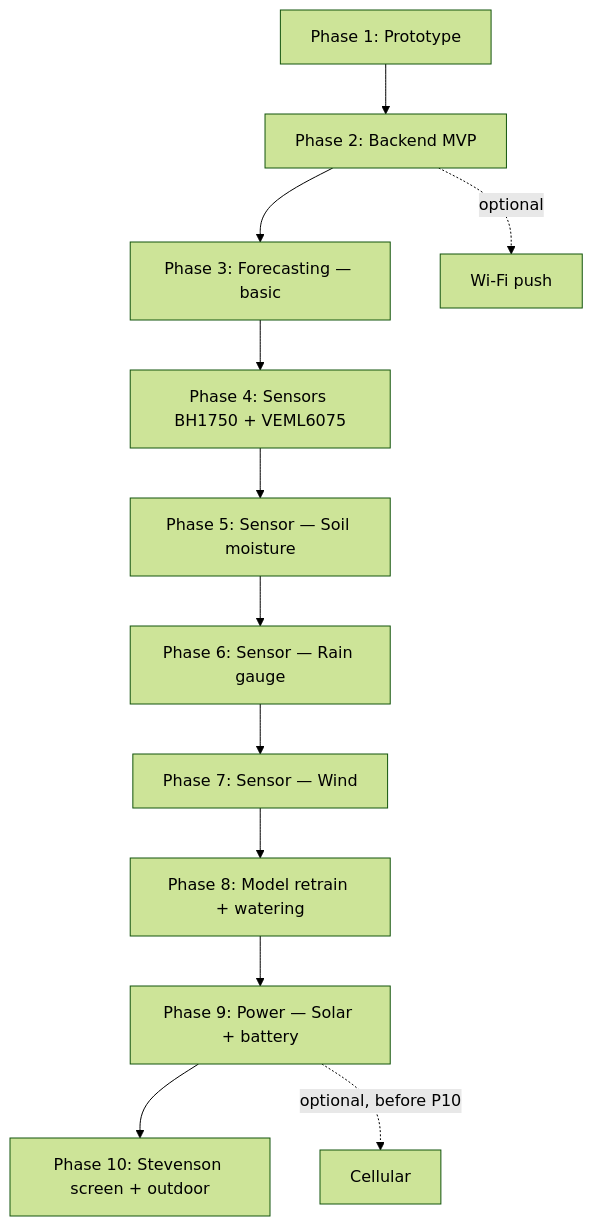
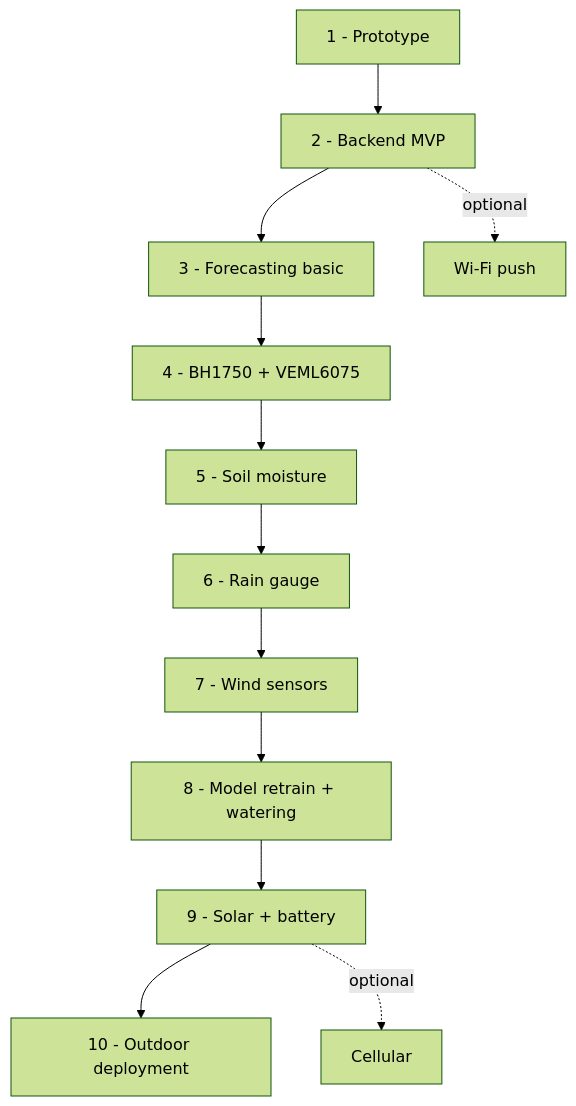
Before and after one commit to wg1d/personal-autonomous-weather-station: the diagram in README.md, drawn with Mermaid (forest theme). The commit also changed 1 other file, not shown here.

Commit message:
docs: shorten cellular optional edge label in dependency graph

````diff
--- a/README.md
+++ b/README.md
@@ -32,14 +32,14 @@
 ```mermaid
 flowchart TD
-    P1[Phase 1: Prototype] --> P2[Phase 2: Backend MVP]
-    P2 --> P3[Phase 3: Forecasting — basic]
-    P3 --> P4[Phase 4: Sensors BH1750 + VEML6075]
-    P4 --> P5[Phase 5: Sensor — Soil moisture]
-    P5 --> P6[Phase 6: Sensor — Rain gauge]
-    P6 --> P7[Phase 7: Sensor — Wind]
-    P7 --> P8[Phase 8: Model retrain + watering]
-    P8 --> P9[Phase 9: Power — Solar + battery]
-    P9 --> P10[Phase 10: Stevenson screen + outdoor]
+    P1[1 - Prototype] --> P2[2 - Backend MVP]
+    P2 --> P3[3 - Forecasting basic]
+    P3 --> P4[4 - BH1750 + VEML6075]
+    P4 --> P5[5 - Soil moisture]
+    P5 --> P6[6 - Rain gauge]
+    P6 --> P7[7 - Wind sensors]
+    P7 --> P8[8 - Model retrain + watering]
+    P8 --> P9[9 - Solar + battery]
+    P9 --> P10[10 - Outdoor deployment]
     P2 -. optional .-> OWifi[Wi-Fi push]
-    P9 -. optional, before P10 .-> OCellular[Cellular]
+    P9 -. optional .-> OCellular[Cellular]
 ```
````
